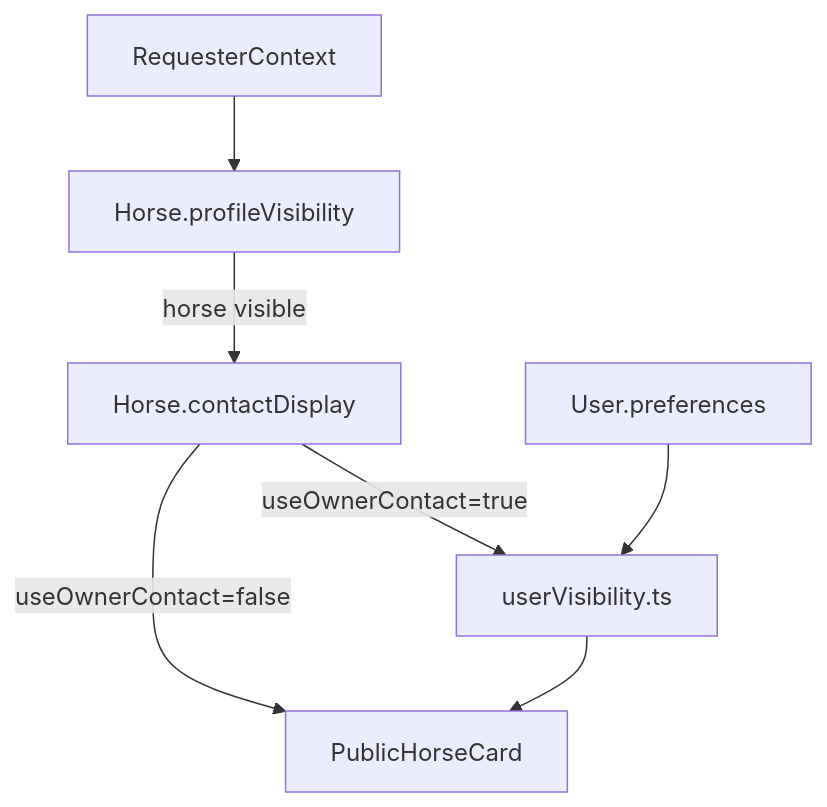
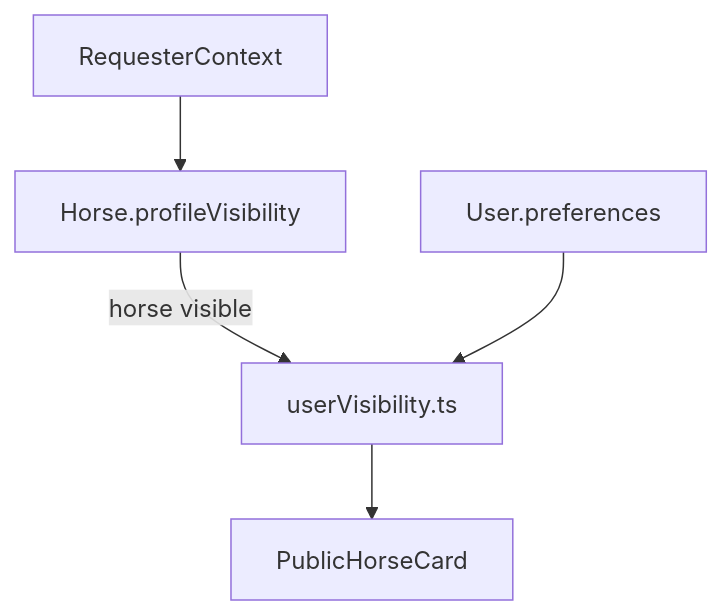
Before and after one commit to jpsm83/horse: the diagram in equus/documentation/horses.md, drawn with Mermaid. The commit also changed other lines of this file and 176 other files, not shown here.

````diff
--- a/equus/documentation/horses.md
+++ b/equus/documentation/horses.md
@@ -37,16 +39,13 @@
 ```mermaid
 flowchart TB
   requester[RequesterContext]
   horseRules[Horse.profileVisibility]
-  contactRules[Horse.contactDisplay]
   userPrefs[User.preferences]
   privacyPolicy[userVisibility.ts]
   publicCard[PublicHorseCard]
 
   requester --> horseRules
-  horseRules -->|"horse visible"| contactRules
-  contactRules -->|"useOwnerContact=true"| privacyPolicy
+  horseRules -->|"horse visible"| privacyPolicy
   userPrefs --> privacyPolicy
-  contactRules -->|"useOwnerContact=false"| publicCard
   privacyPolicy --> publicCard
 ```
````
